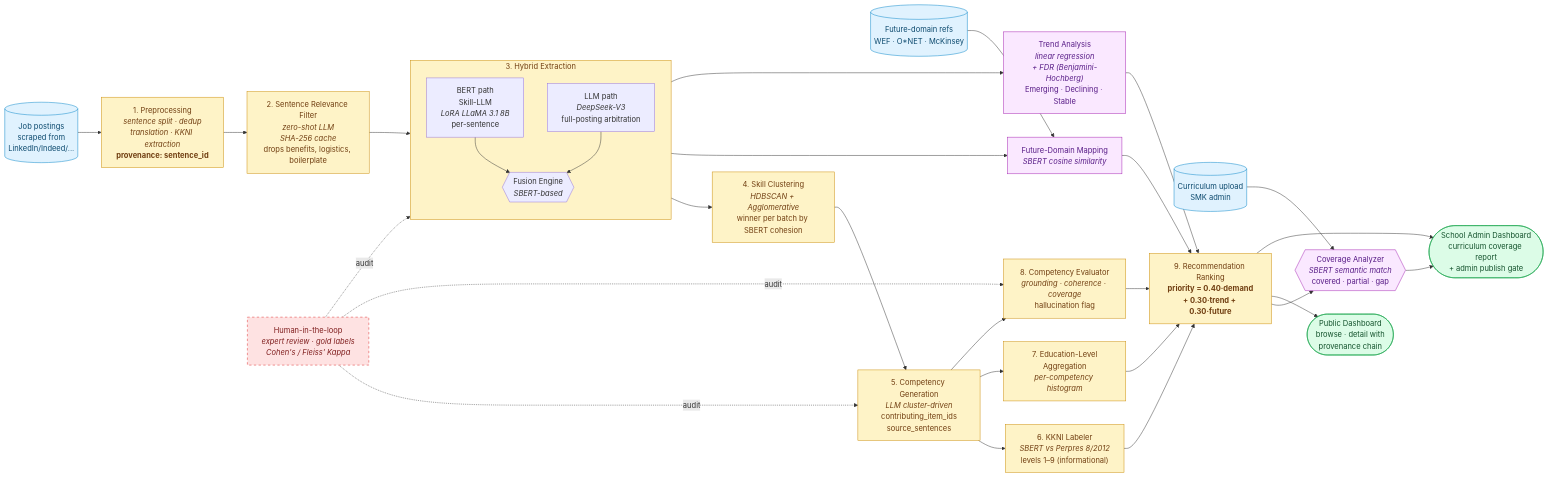
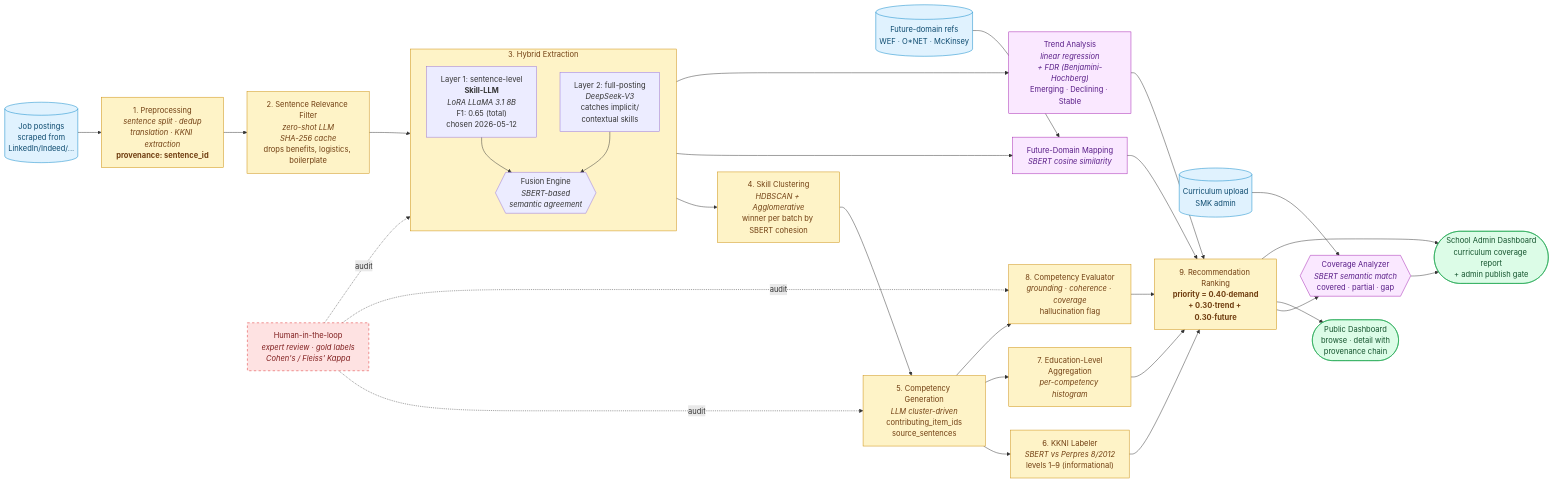
The diagram in docs/PIPELINE_DIAGRAM.md (listyantidewi1/curriculum-dss), drawn with Mermaid before and after one commit. The commit also changed other lines of this file and 2 other files, not shown here.

```diff
--- a/docs/PIPELINE_DIAGRAM.md
+++ b/docs/PIPELINE_DIAGRAM.md
@@ -37,9 +41,9 @@
     %% --- Hybrid extraction ---
     subgraph EXT ["3. Hybrid Extraction"]
         direction TB
-        BERT["BERT path<br/>Skill-LLM<br/><i>LoRA LLaMA 3.1 8B</i><br/>per-sentence"]
-        LLM["LLM path<br/><i>DeepSeek-V3</i><br/>full-posting arbitration"]
-        FUSE{{"Fusion Engine<br/><i>SBERT-based</i>"}}
+        BERT["Layer 1: sentence-level<br/><b>Skill-LLM</b><br/><i>LoRA LLaMA 3.1 8B</i><br/>F1: 0.65 (total)<br/>chosen 2026-05-12"]
+        LLM["Layer 2: full-posting<br/><i>DeepSeek-V3</i><br/>catches implicit/<br/>contextual skills"]
+        FUSE{{"Fusion Engine<br/><i>SBERT-based<br/>semantic agreement</i>"}}
         BERT --> FUSE
         LLM --> FUSE
     end
```
